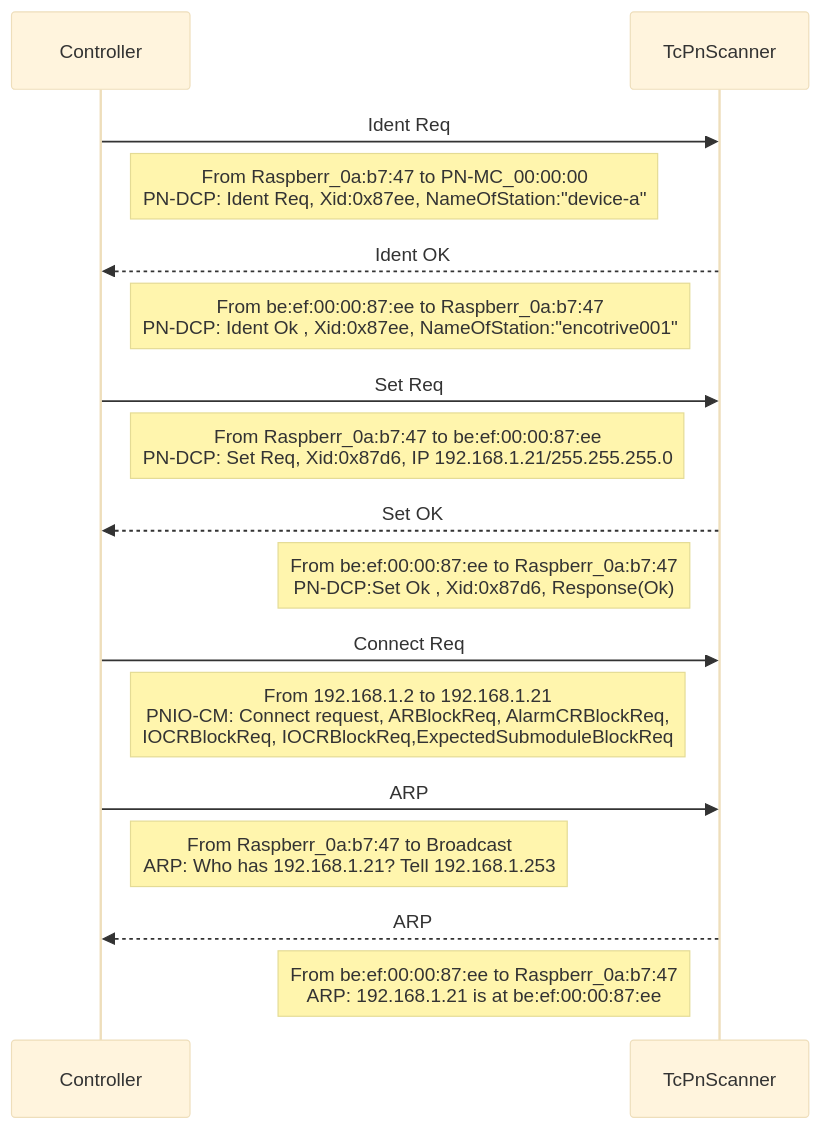
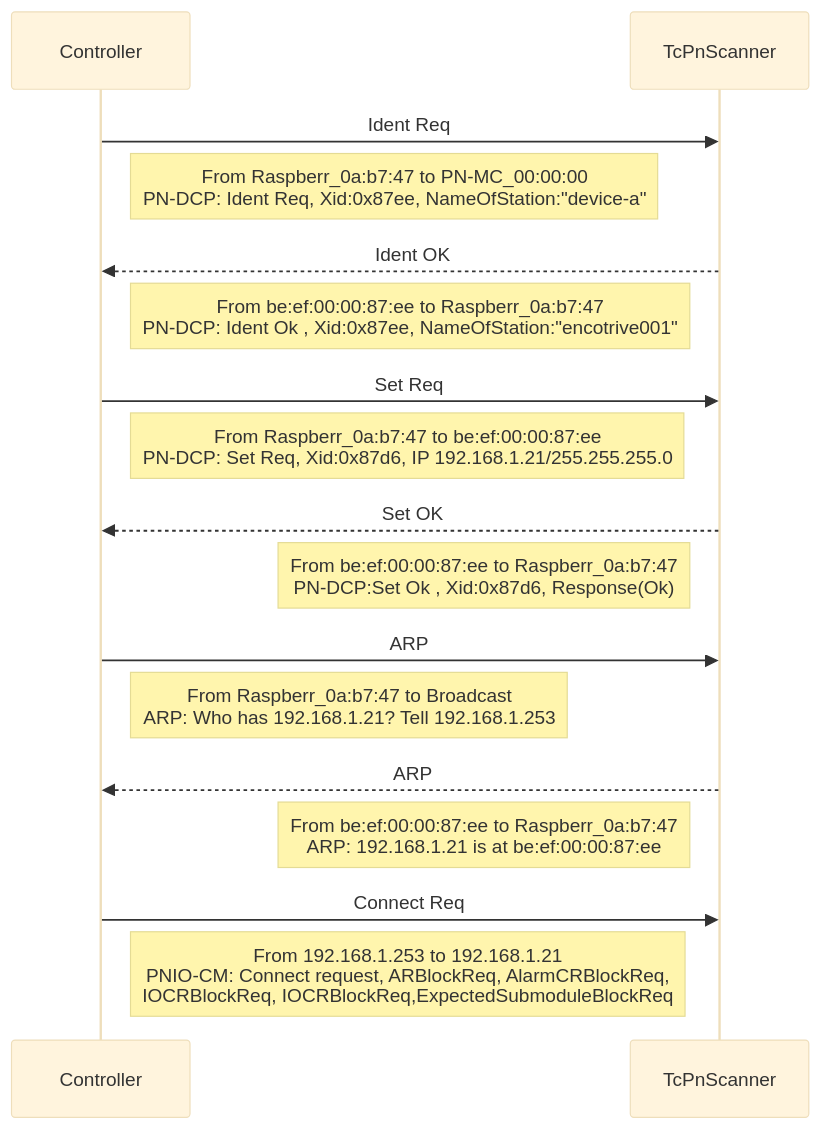
Before and after one commit to TcHaxx/TcPnScanner: the diagram in README.md, drawn with Mermaid (base theme).

Commit message:
docs([no ci]): Fix sequence diagram

````diff
--- a/README.md
+++ b/README.md
@@ -15,17 +15,17 @@
 ```mermaid
 sequenceDiagram
     Controller ->> TcPnScanner: Ident Req
     Note right of Controller: From Raspberr_0a:b7:47 to PN-MC_00:00:00 <br/>PN-DCP:	Ident Req, Xid:0x87ee, NameOfStation:"device-a"
     TcPnScanner-->>Controller: Ident OK
     Note left of TcPnScanner: From be:ef:00:00:87:ee to Raspberr_0a:b7:47 <br/>PN-DCP: Ident Ok , Xid:0x87ee, NameOfStation:"encotrive001"
     Controller ->> TcPnScanner: Set Req
     Note right of Controller: From Raspberr_0a:b7:47 to be:ef:00:00:87:ee <br/>PN-DCP: Set Req, Xid:0x87d6, IP 192.168.1.21/255.255.255.0
     TcPnScanner-->>Controller: Set OK
     Note left of TcPnScanner: From be:ef:00:00:87:ee to Raspberr_0a:b7:47 <br/>PN-DCP:Set Ok , Xid:0x87d6, Response(Ok)
-    Controller ->> TcPnScanner: Connect Req
-    Note right of Controller: From 192.168.1.2 to 192.168.1.21 <br/>PNIO-CM: Connect request, ARBlockReq, AlarmCRBlockReq, <br/>IOCRBlockReq, IOCRBlockReq,ExpectedSubmoduleBlockReq
     Controller ->> TcPnScanner: ARP
     Note right of Controller: From Raspberr_0a:b7:47 to Broadcast<br/>ARP: Who has 192.168.1.21? Tell 192.168.1.253
     TcPnScanner-->>Controller: ARP
     Note left of TcPnScanner: From be:ef:00:00:87:ee to Raspberr_0a:b7:47<br/>ARP: 192.168.1.21 is at be:ef:00:00:87:ee
+    Controller ->> TcPnScanner: Connect Req
+    Note right of Controller: From 192.168.1.253 to 192.168.1.21 <br/>PNIO-CM: Connect request, ARBlockReq, AlarmCRBlockReq, <br/>IOCRBlockReq, IOCRBlockReq,ExpectedSubmoduleBlockReq
 ```
````
